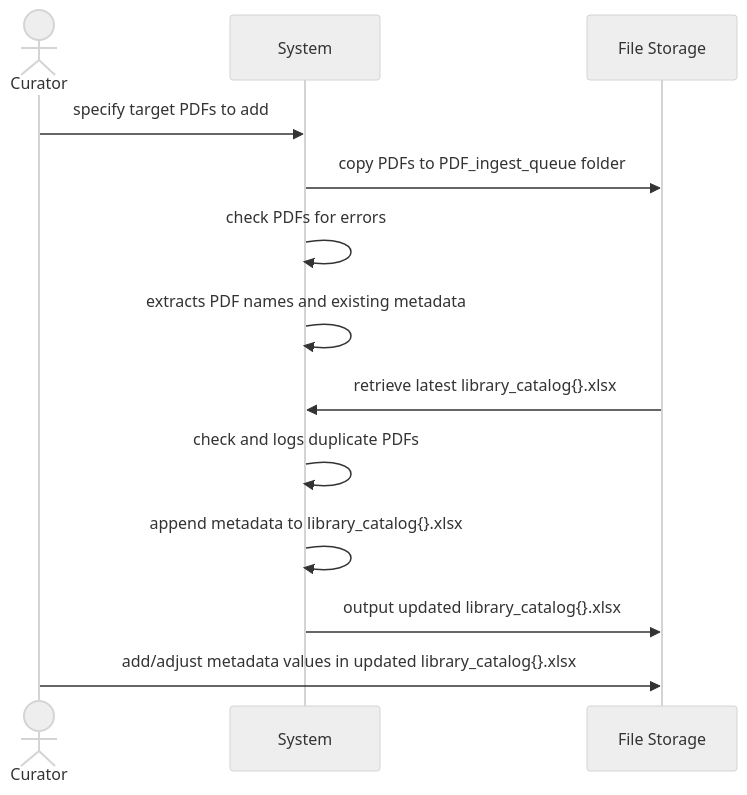
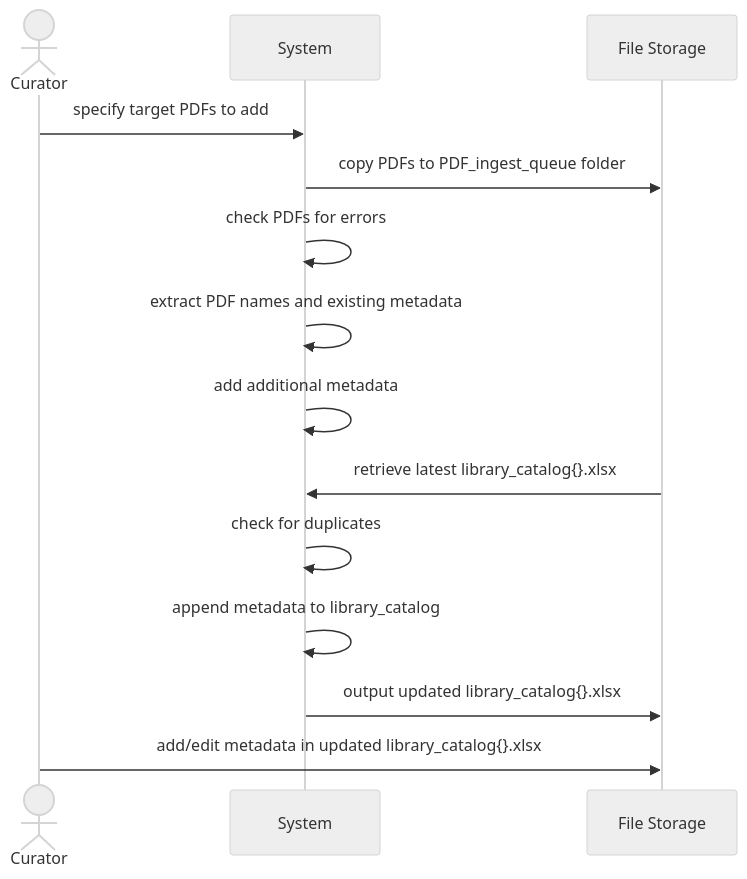
The first of 2 diagrams in docs/library_admin_processes.md (drew-wks/ASK), drawn with Mermaid (neutral theme) before and after one commit. The commit also changed other lines of this file and 11 other files, not shown here.

````diff
--- a/docs/library_admin_processes.md
+++ b/docs/library_admin_processes.md
@@ -6,16 +6,17 @@
 ```mermaid
 sequenceDiagram
     actor Curator
     participant System
     participant File Storage
     
     Curator->>System: specify target PDFs to add
     System->>File Storage: copy PDFs to PDF_ingest_queue folder
     System->>System: check PDFs for errors
-    System->>System: extracts PDF names and existing metadata
+    System->>System: extract PDF names and existing metadata
+    System->>System: add additional metadata    
     File Storage->>System: retrieve latest library_catalog{}.xlsx
-    System->>System: check and logs duplicate PDFs
-    System->>System: append metadata to library_catalog{}.xlsx
+    System->>System: check for duplicates
+    System->>System: append metadata to library_catalog
     System->>File Storage: output updated library_catalog{}.xlsx
-    Curator->>File Storage: add/adjust metadata values in updated library_catalog{}.xlsx
+    Curator->>File Storage: add/edit metadata in updated library_catalog{}.xlsx
 ```
````
